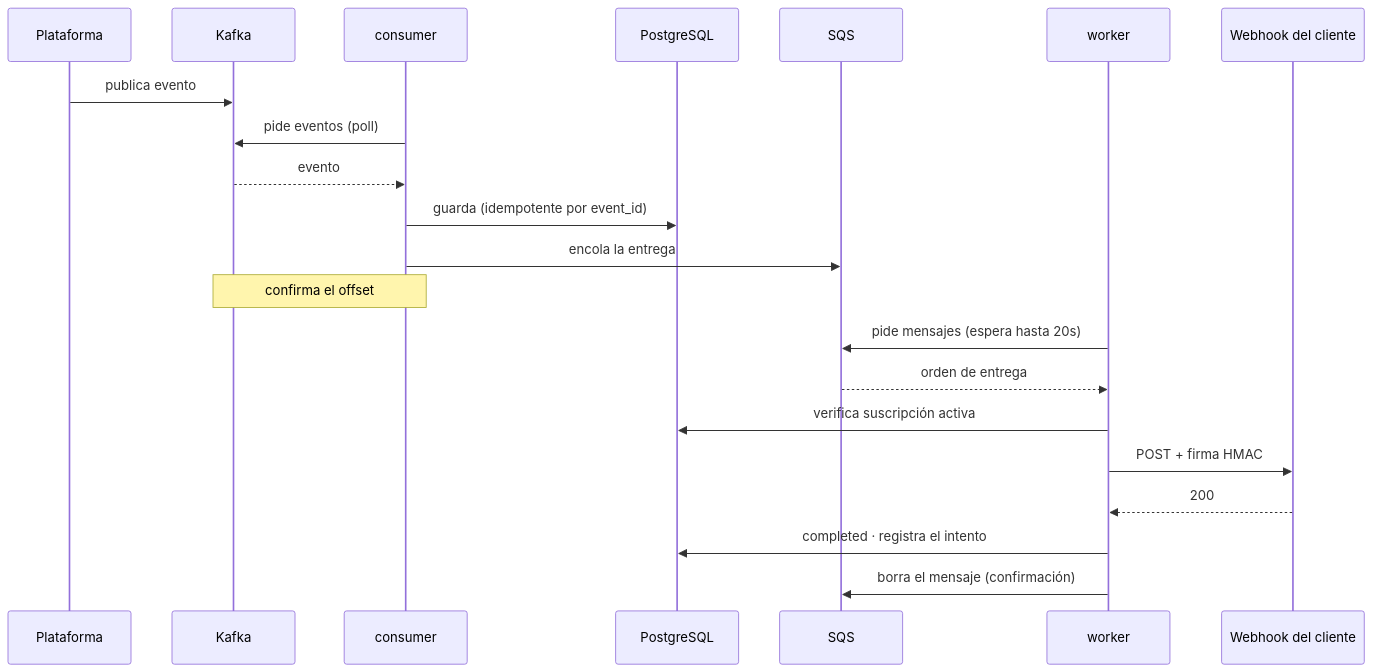
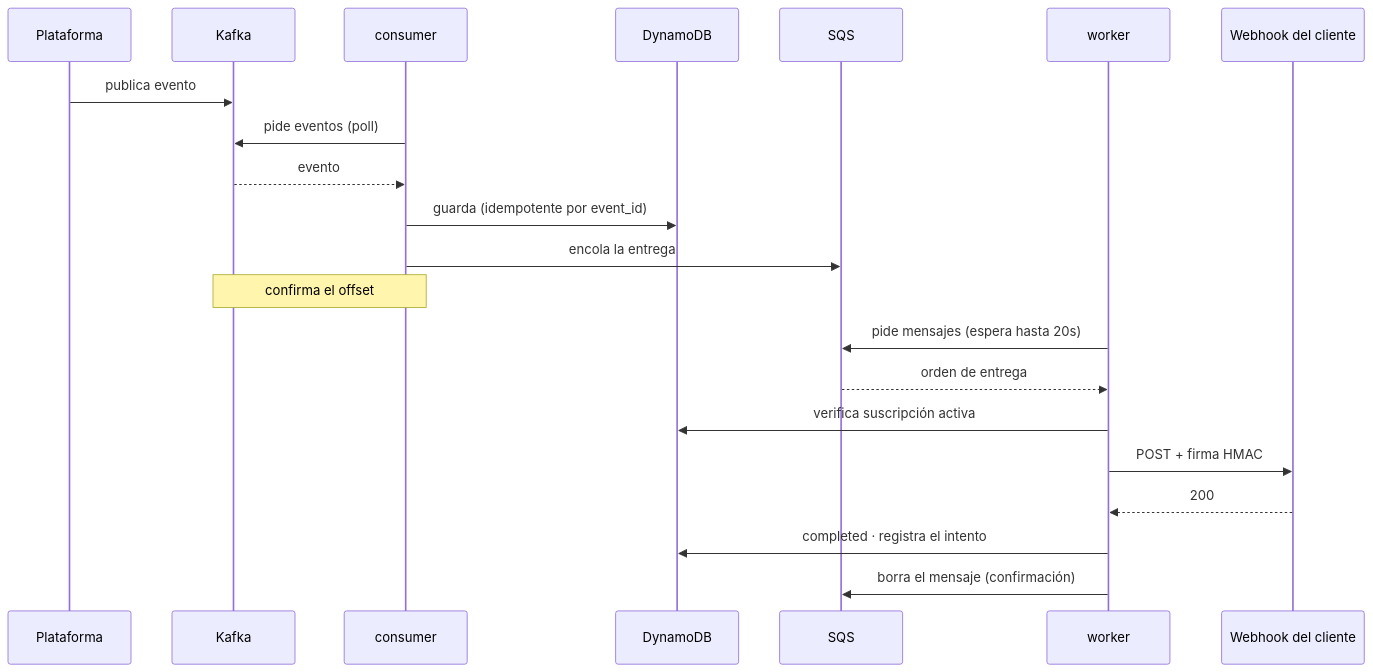
The second of 5 diagrams in README.md (ssalaza7/cobre-notification-delivery), drawn with Mermaid before and after one commit. The commit also changed other lines of this file and 44 other files, not shown here.

````diff
--- a/README.md
+++ b/README.md
@@ -107,24 +108,24 @@
 ```mermaid
 sequenceDiagram
     participant P as Plataforma
     participant K as Kafka
     participant CON as consumer
-    participant DB as PostgreSQL
+    participant DB as DynamoDB
     participant Q as SQS
     participant W as worker
     participant C as Webhook del cliente
 
     P->>K: publica evento
     CON->>K: pide eventos (poll)
     K-->>CON: evento
     CON->>DB: guarda (idempotente por event_id)
     CON->>Q: encola la entrega
     Note over CON,K: confirma el offset
     W->>Q: pide mensajes (espera hasta 20s)
     Q-->>W: orden de entrega
     W->>DB: verifica suscripción activa
     W->>C: POST + firma HMAC
     C-->>W: 200
     W->>DB: completed · registra el intento
     W->>Q: borra el mensaje (confirmación)
 ```
````
